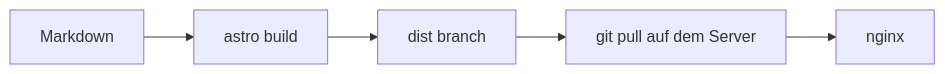
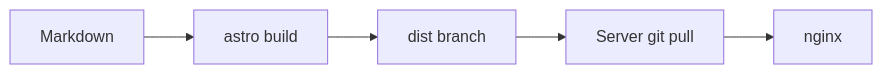
Before and after one commit to eskopp/AstroBlog: the diagram in src/content/blog/how-this-blog-works/de.md, drawn with Mermaid. The commit also changed 4 other files, not shown here.

Commit message:
Canonical Mermaid syntax in the diagram posts + theme v0.2.24

````diff
--- a/src/content/blog/how-this-blog-works/de.md
+++ b/src/content/blog/how-this-blog-works/de.md
@@ -211,7 +211,7 @@
 ```mermaid
 flowchart LR
-    A["Markdown"] --> B["astro build"]
-    B --> C["dist branch"]
-    C --> D["git pull auf dem Server"]
-    D --> E["nginx"]
+    A[Markdown] --> B[astro build]
+    B --> C[dist branch]
+    C --> D[Server git pull]
+    D --> E[nginx]
 ```
````
